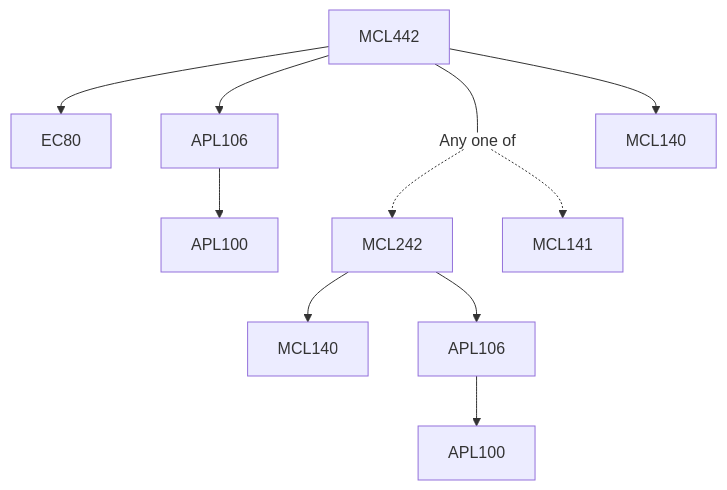
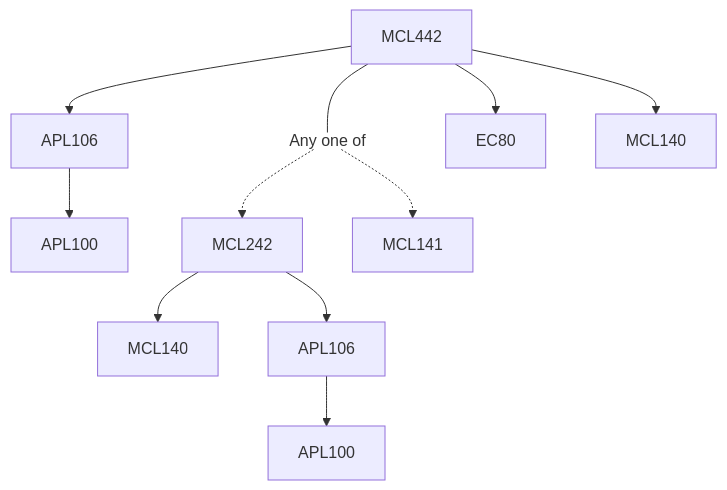
The diagram in content/Mechanical Engineering/MCL442.md (KeshavBansal0122/CoS_Website), drawn with Mermaid before and after one commit. The commit also changed other lines of this file and 2662 other files, not shown here.

````diff
--- a/content/Mechanical Engineering/MCL442.md
+++ b/content/Mechanical Engineering/MCL442.md
@@ -13,17 +13,17 @@
 ```mermaid
 flowchart TD
 MCL442-1443[MCL442]
-MCL442-1443 --> EC80-1443[EC80]
 APL106-1443 --> APL100-1443[APL100]
 MCL442-1443 --- Or1444[Any one of]:::empty
 MCL242-1445 --> MCL140-1445[MCL140]
+APL106-1445 --> APL100-1445[APL100]
 Or1444 -.-> MCL242-1445[MCL242]
 MCL242-1445 --> APL106-1445[APL106]
-APL106-1445 --> APL100-1445[APL100]
 Or1444 -.-> MCL141-1446[MCL141]
 MCL442-1443 --> APL106-1443[APL106]
+MCL442-1443 --> EC80-1443[EC80]
 MCL442-1443 --> MCL140-1443[MCL140]
 
 classDef empty height:17px, fill:transparent, stroke:transparent;
 classDef trueEmpty height:0px, width:0px;
 ```
````
